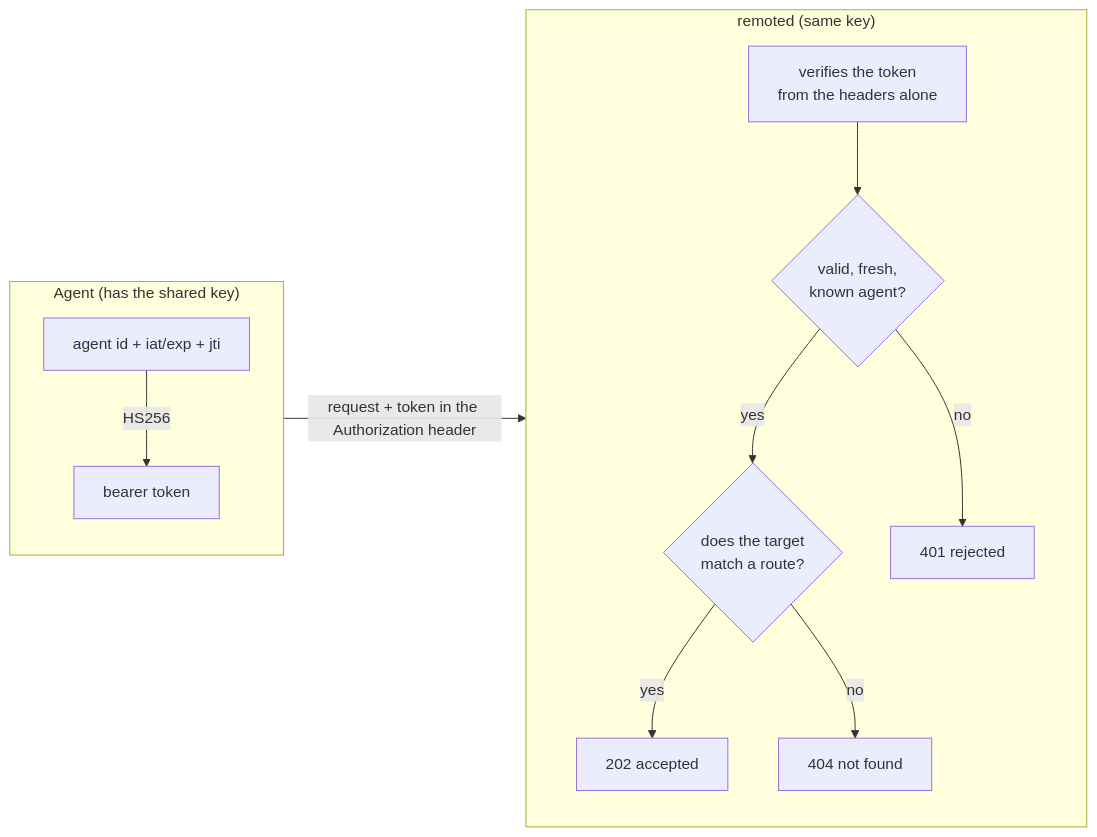
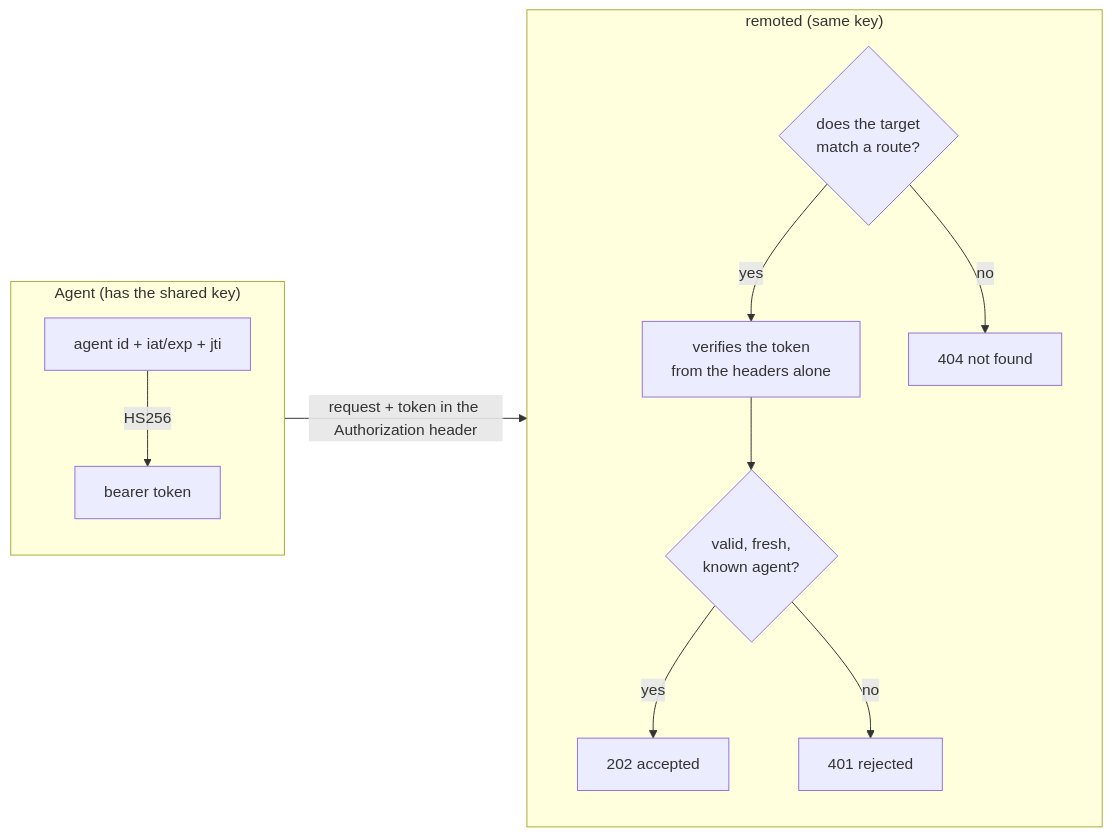
Before and after one commit to wazuh/wazuh: the second of 9 diagrams in docs/ref/modules/remoted/load-balancers/README.md, drawn with Mermaid. The commit also changed other lines of this file and 232 other files, not shown here.

````diff
--- a/docs/ref/modules/remoted/load-balancers/README.md
+++ b/docs/ref/modules/remoted/load-balancers/README.md
@@ -48,14 +48,14 @@
 ```mermaid
 flowchart LR
     subgraph AG["Agent (has the shared key)"]
       L["agent id + iat/exp + jti"] -->|"HS256"| H["bearer token"]
     end
     AG -->|"request + token in the Authorization header"| M
     subgraph M["remoted (same key)"]
-      L2["verifies the token<br/>from the headers alone"] --> C{"valid, fresh,<br/>known agent?"}
-      C -->|"yes"| R{"does the target<br/>match a route?"}
-      R -->|"yes"| OK["202 accepted"]
+      R{"does the target<br/>match a route?"} -->|"yes"| L2["verifies the token<br/>from the headers alone"]
       R -->|"no"| NF["404 not found"]
+      L2 --> C{"valid, fresh,<br/>known agent?"}
+      C -->|"yes"| OK["202 accepted"]
       C -->|"no"| KO["401 rejected"]
     end
 ```
````
